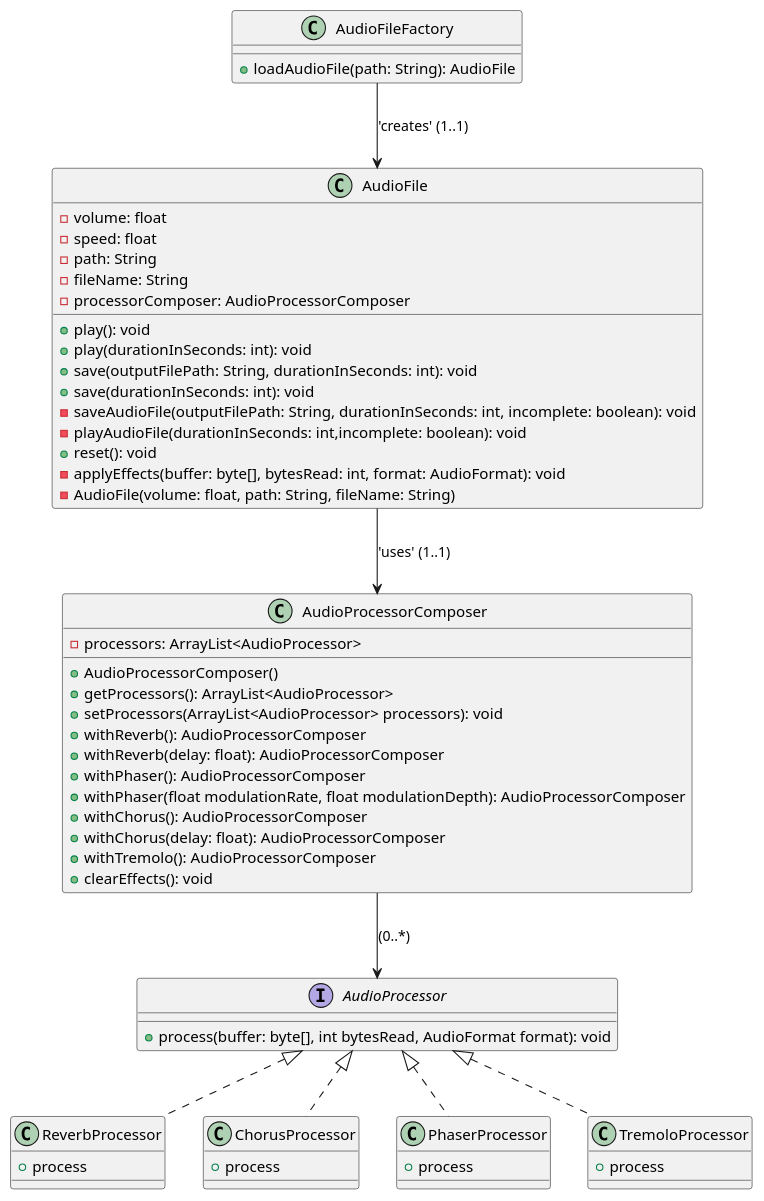
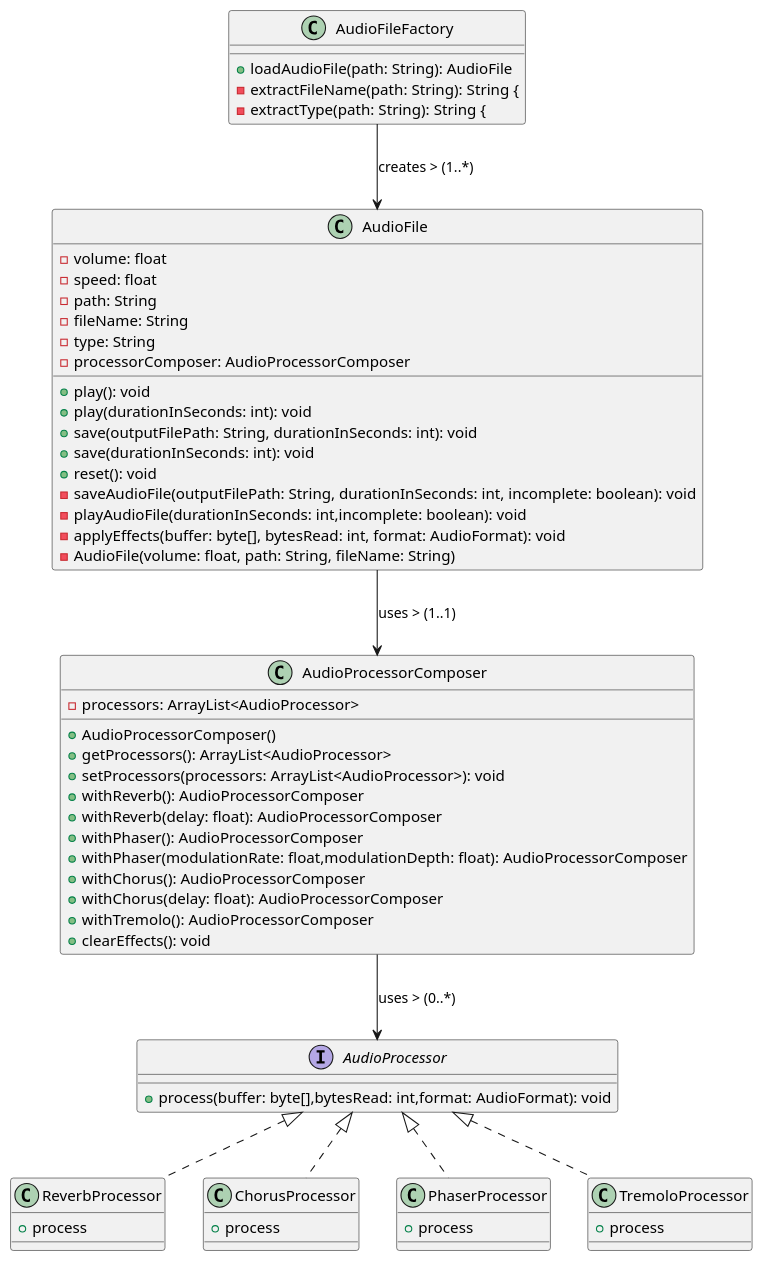
Before and after one commit to j-augusto-oliveira-sant/chirp-chirp-framework: the diagram in Diagram.puml, drawn with PlantUML. The commit also changed 3 other files, not shown here.

Commit message:
added example and changes in diagram

```diff
--- a/Diagram.puml
+++ b/Diagram.puml
@@ -1,66 +1,69 @@
 @startuml Diagrama
 
 'Facade (Structural Pattern)'
 class AudioFile {
     - volume: float
     - speed: float
     - path: String
     - fileName: String
+    - type: String
     - processorComposer: AudioProcessorComposer
 
     + play(): void
     + play(durationInSeconds: int): void
     + save(outputFilePath: String, durationInSeconds: int): void
     + save(durationInSeconds: int): void
+    + reset(): void
     - saveAudioFile(outputFilePath: String, durationInSeconds: int, incomplete: boolean): void
     - playAudioFile(durationInSeconds: int,incomplete: boolean): void
-    + reset(): void
     - applyEffects(buffer: byte[], bytesRead: int, format: AudioFormat): void
     - AudioFile(volume: float, path: String, fileName: String)
 }
 
 'Composite (Structural Pattern)'
 class AudioProcessorComposer {
     - processors: ArrayList<AudioProcessor>
     + AudioProcessorComposer()
     + getProcessors(): ArrayList<AudioProcessor>
-    + setProcessors(ArrayList<AudioProcessor> processors): void
+    + setProcessors(processors: ArrayList<AudioProcessor>): void
     + withReverb(): AudioProcessorComposer
     + withReverb(delay: float): AudioProcessorComposer
     + withPhaser(): AudioProcessorComposer
-    + withPhaser(float modulationRate, float modulationDepth): AudioProcessorComposer
+    + withPhaser(modulationRate: float,modulationDepth: float): AudioProcessorComposer
     + withChorus(): AudioProcessorComposer
     + withChorus(delay: float): AudioProcessorComposer
     + withTremolo(): AudioProcessorComposer
     + clearEffects(): void
 }
 
 'Factory (Creational Pattern)'
 class AudioFileFactory {
     + loadAudioFile(path: String): AudioFile
+    - extractFileName(path: String): String {
+    - extractType(path: String): String {
 }
 
 'Strategy (Behavioral Pattern)'
 interface AudioProcessor {
-    + process(buffer: byte[], int bytesRead, AudioFormat format): void
+    + process(buffer: byte[],bytesRead: int,format: AudioFormat): void
 }
 
 class ReverbProcessor implements AudioProcessor {
     + process
 }
 class ChorusProcessor implements AudioProcessor {
     + process
 }
 class PhaserProcessor implements AudioProcessor {
     + process
 }
 class TremoloProcessor implements AudioProcessor {
     + process
 }
 
 'Association'
-AudioFileFactory --> AudioFile : 'creates' (1..1)
-AudioFile --> AudioProcessorComposer : 'uses' (1..1)
-AudioProcessorComposer --> AudioProcessor : (0..*)
+AudioFileFactory --> AudioFile : creates > (1..*)
+AudioFile --> AudioProcessorComposer : uses > (1..1)
+AudioProcessorComposer --> AudioProcessor : uses > (0..*)
 
 @enduml
```
